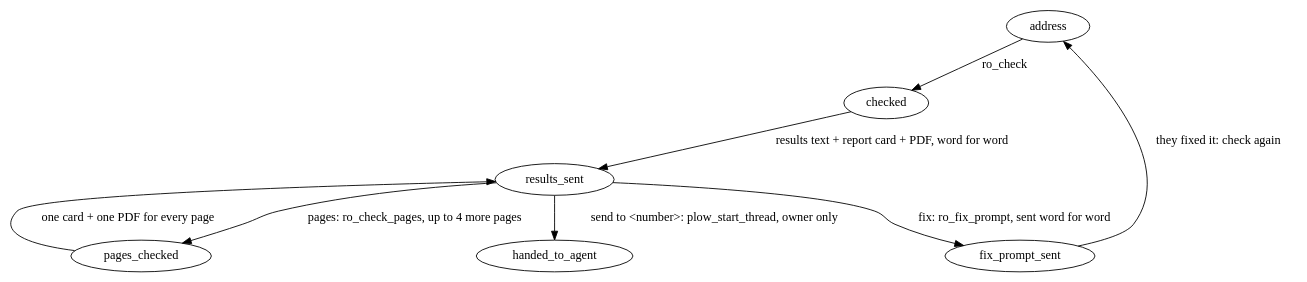
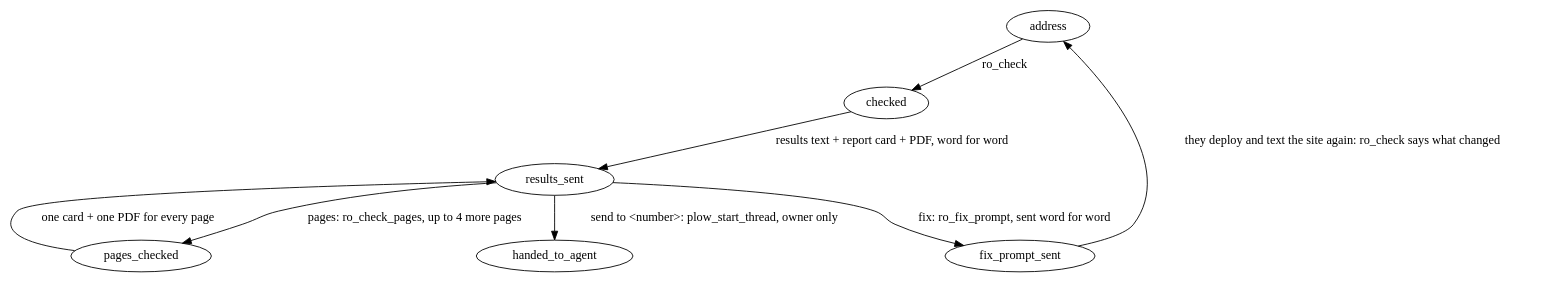
The diagram in prompt/RO.md (Malchiior/sitemaxxing), drawn with Graphviz before and after one commit. The commit also changed other lines of this file and 4 other files, not shown here.

First line of the commit message:
After "fix", invite the re-check: "Text me the site again after you deploy and I'll show you what changed."

````diff
--- a/prompt/RO.md
+++ b/prompt/RO.md
@@ -12,11 +12,11 @@
 ```dot
 digraph ro {
   address -> checked [label="ro_check"];
   checked -> results_sent [label="results text + report card + PDF, word for word"];
   results_sent -> pages_checked [label="pages: ro_check_pages, up to 4 more pages"];
   pages_checked -> results_sent [label="one card + one PDF for every page"];
   results_sent -> fix_prompt_sent [label="fix: ro_fix_prompt, sent word for word"];
   results_sent -> handed_to_agent [label="send to <number>: plow_start_thread, owner only"];
-  fix_prompt_sent -> address [label="they fixed it: check again"];
+  fix_prompt_sent -> address [label="they deploy and text the site again: ro_check says what changed"];
 }
 ```
````
